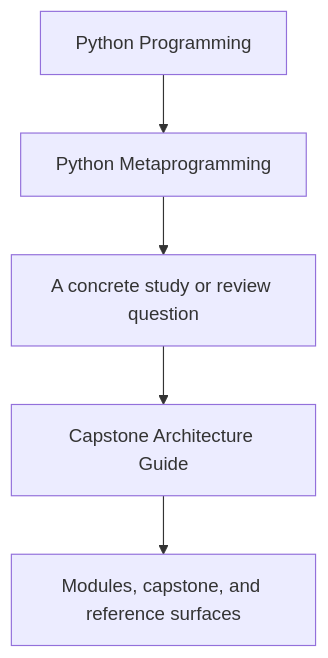
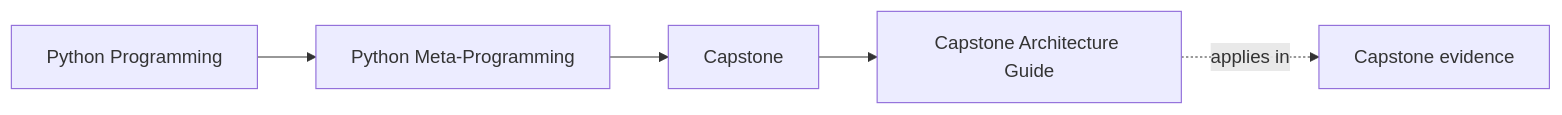
One commit to bijux/bijux-masterclass changed the first of 2 diagrams in programs/python-programming/python-meta-programming/course-book/capstone/capstone-architecture-guide.md. Above: the diagram before and after it, drawn with Mermaid. The commit also changed other lines of this file and 91 other files, not shown here.

Commit message:
docs(python-meta-programming): map advanced runtime and capstone surfaces

````diff
--- a/programs/python-programming/python-meta-programming/course-book/capstone/capstone-architecture-guide.md
+++ b/programs/python-programming/python-meta-programming/course-book/capstone/capstone-architecture-guide.md
@@ -6,7 +6,11 @@
 ```mermaid
-flowchart TD
-  family["Python Programming"] --> program["Python Metaprogramming"]
-  program --> pressure["A concrete study or review question"]
-  pressure --> guide["Capstone Architecture Guide"]
-  guide --> next["Modules, capstone, and reference surfaces"]
+graph LR
+  family["Python Programming"]
+  program["Python Meta-Programming"]
+  section["Capstone"]
+  page["Capstone Architecture Guide"]
+  capstone["Capstone evidence"]
+
+  family --> program --> section --> page
+  page -.applies in.-> capstone
 ```
````
